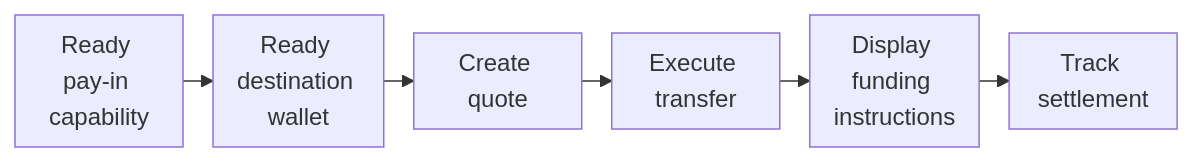
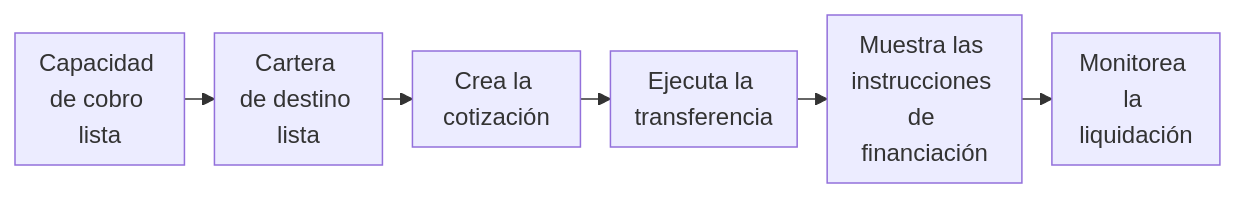
One commit to swipelux/public-docs changed the diagram in es/integration/receive-funds.mdx. Above: the diagram before and after it, drawn with Mermaid. The commit also changed other lines of this file and 285 other files, not shown here.

````diff
--- a/es/integration/receive-funds.mdx
+++ b/es/integration/receive-funds.mdx
@@ -8,9 +8,9 @@
 ```mermaid
 %%{init: {"flowchart": {"rankSpacing": 20, "nodeSpacing": 16, "wrappingWidth": 80, "padding": 8}}}%%
 flowchart LR
-  A["Ready pay-in capability"] --> B["Ready destination wallet"]
-  B --> C["Create quote"]
-  C --> D["Execute transfer"]
-  D --> E["Display funding instructions"]
-  E --> F["Track settlement"]
+  A["Capacidad de cobro lista"] --> B["Cartera de destino lista"]
+  B --> C["Crea la cotización"]
+  C --> D["Ejecuta la transferencia"]
+  D --> E["Muestra las instrucciones de financiación"]
+  E --> F["Monitorea la liquidación"]
 ```
````
